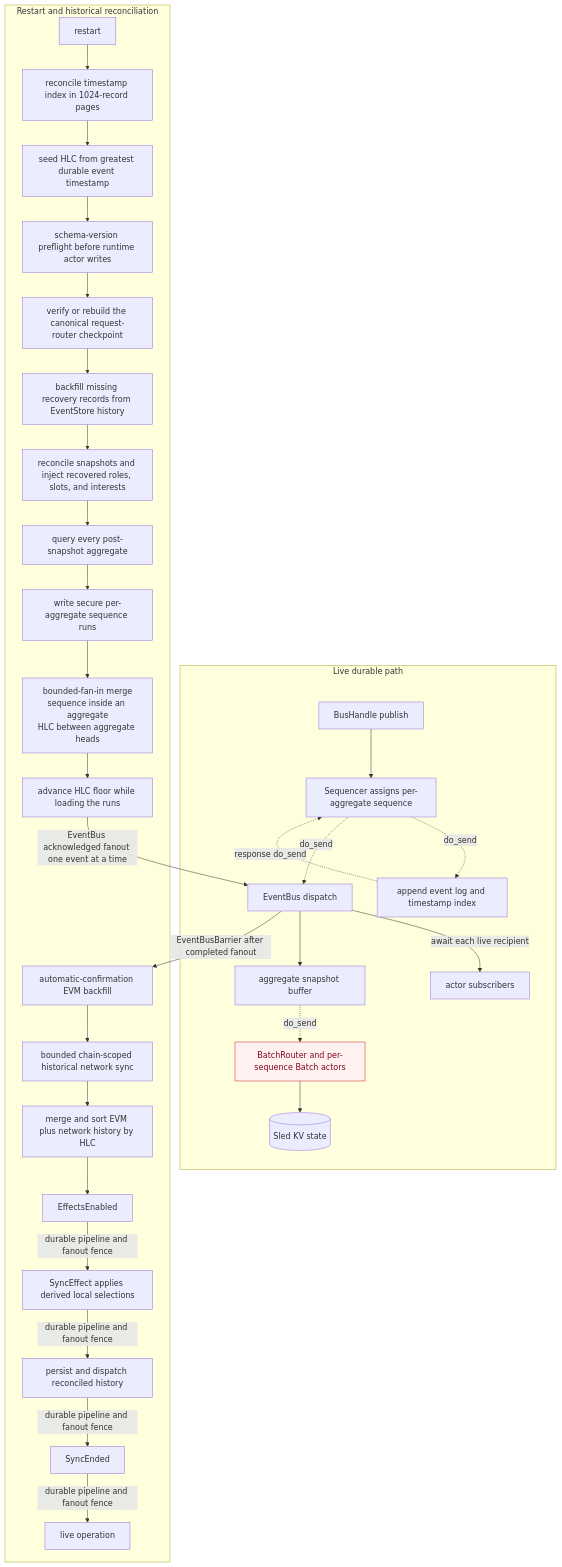
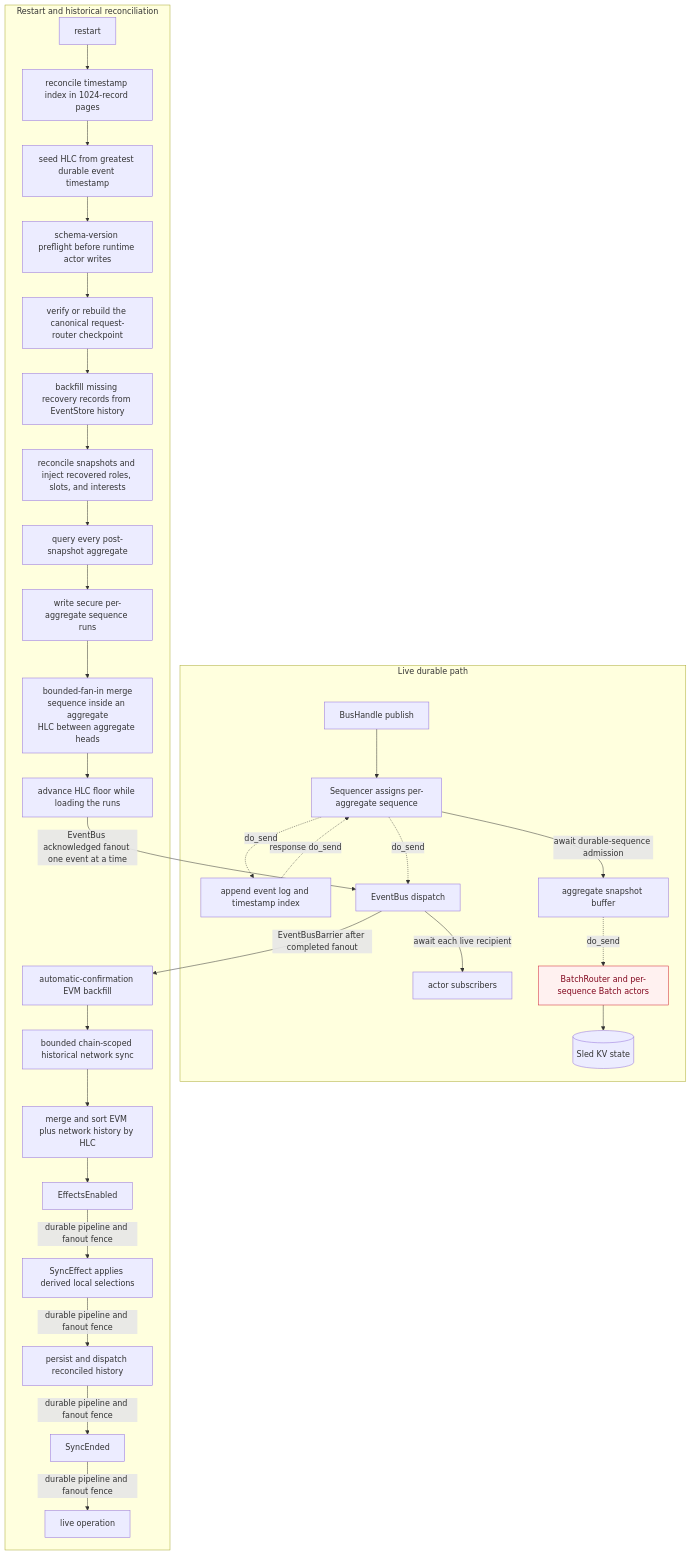
The fifth of 15 diagrams in agent/CRATES_ARCHITECTURE.md (theinterfold/interfold), drawn with Mermaid before and after one commit. The commit also changed other lines of this file and 26 other files, not shown here.

````diff
--- a/agent/CRATES_ARCHITECTURE.md
+++ b/agent/CRATES_ARCHITECTURE.md
@@ -328,38 +328,38 @@
 ```mermaid
 flowchart TD
     subgraph LivePath[Live durable path]
         Publish[BusHandle publish] --> Sequencer[Sequencer assigns per-aggregate sequence]
         Sequencer -. do_send .-> EventStore[append event log and timestamp index]
         EventStore -. response do_send .-> Sequencer
+        Sequencer -->|await durable-sequence admission| SnapshotBuffer[aggregate snapshot buffer]
         Sequencer -. do_send .-> Dispatch[EventBus dispatch]
         Dispatch -->|await each live recipient| Subscribers[actor subscribers]
-        Dispatch --> SnapshotBuffer[aggregate snapshot buffer]
         SnapshotBuffer -. do_send .-> SnapshotRouter[BatchRouter and per-sequence Batch actors]
         SnapshotRouter --> Repositories[(Sled KV state)]
     end
 
     subgraph Recovery[Restart and historical reconciliation]
         Restart[restart] --> Index[reconcile timestamp index in 1024-record pages]
         Index --> ClockFloor[seed HLC from greatest durable event timestamp]
         ClockFloor --> Schema[schema-version preflight before runtime actor writes]
         Schema --> RouterCursor[verify or rebuild the canonical request-router checkpoint]
         RouterCursor --> Backfill[backfill missing recovery records from EventStore history]
         Backfill --> SnapshotMeta[reconcile snapshots and inject recovered roles, slots, and interests]
         SnapshotMeta --> Query[query every post-snapshot aggregate]
         Query --> Runs[write secure per-aggregate sequence runs]
         Runs --> GlobalOrder[bounded-fan-in merge<br/>sequence inside an aggregate<br/>HLC between aggregate heads]
         GlobalOrder --> ReplayFloor[advance HLC floor while loading the runs]
         ReplayFloor -->|EventBus acknowledged fanout one event at a time| Dispatch
         Dispatch -->|EventBusBarrier after completed fanout| EvmBackfill[automatic-confirmation EVM backfill]
         EvmBackfill --> NetBackfill[bounded chain-scoped historical network sync]
         NetBackfill --> Merge[merge and sort EVM plus network history by HLC]
         Merge --> Enable[EffectsEnabled]
         Enable -->|durable pipeline and fanout fence| Resume[SyncEffect applies derived local selections]
         Resume -->|durable pipeline and fanout fence| PersistHistory[persist and dispatch reconciled history]
         PersistHistory -->|durable pipeline and fanout fence| End[SyncEnded]
         End -->|durable pipeline and fanout fence| Live[live operation]
     end
 
     classDef residual fill:#fff1f0,stroke:#cf222e,color:#82071e
     class SnapshotRouter residual
 ```
````
